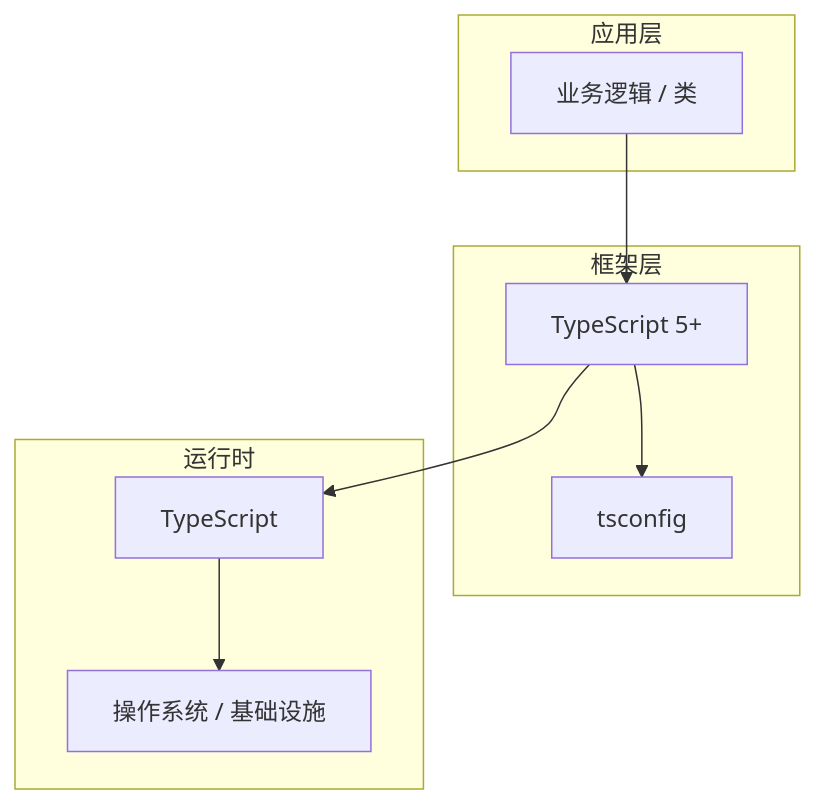
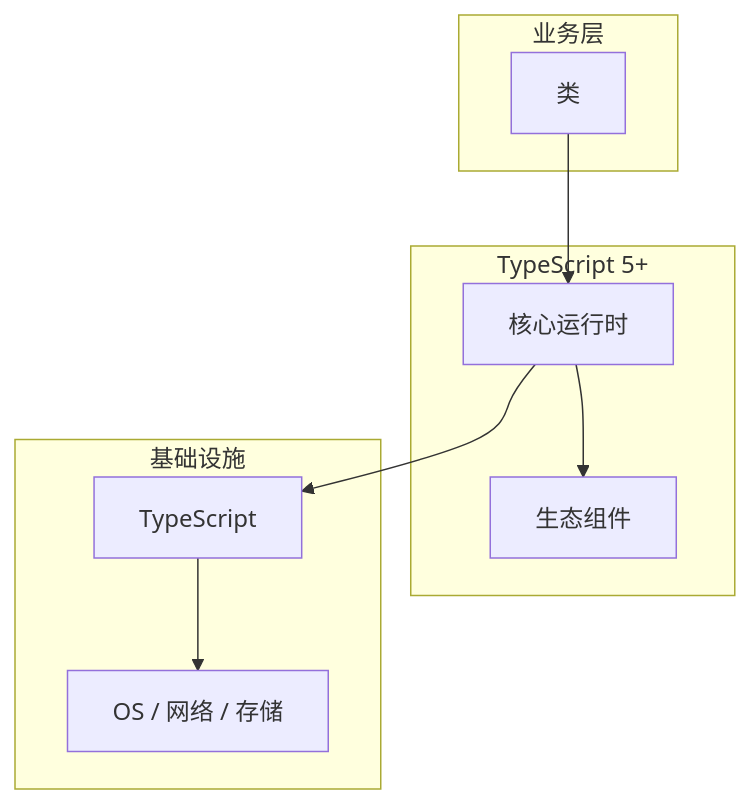
One commit to yanggan2015/knowledge-json-v2 changed the diagram in articles/TypeScript/chapters/022-类核心概念与原理.md. Above: the diagram before and after it, drawn with Mermaid. The commit also changed other lines of this file and 10127 other files, not shown here.

````diff
--- a/articles/TypeScript/chapters/022-类核心概念与原理.md
+++ b/articles/TypeScript/chapters/022-类核心概念与原理.md
@@ -45,18 +34,18 @@
 ```mermaid
 graph TB
-    subgraph 应用层
-        A[业务逻辑 / 类]
+    subgraph 业务层
+        A[类]
     end
-    subgraph 框架层
-        B[TypeScript 5+]
-        C[tsconfig]
+    subgraph TypeScript 5+
+        B[核心运行时]
+        C[生态组件]
     end
-    subgraph 运行时
+    subgraph 基础设施
         D[TypeScript]
-        E[操作系统 / 基础设施]
+        E[OS / 网络 / 存储]
     end
     A --> B
     B --> C
     B --> D
     D --> E
 ```
````
